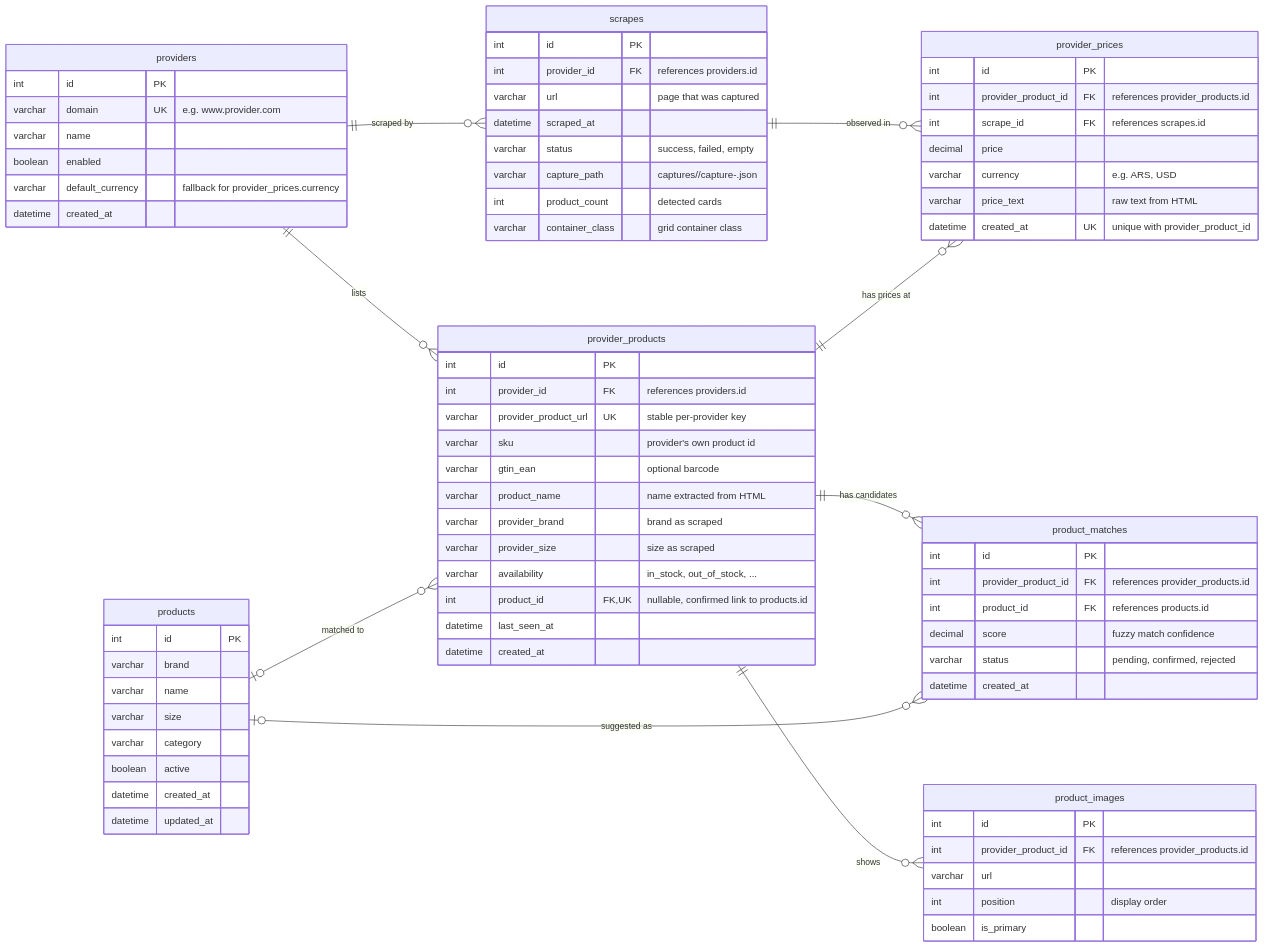
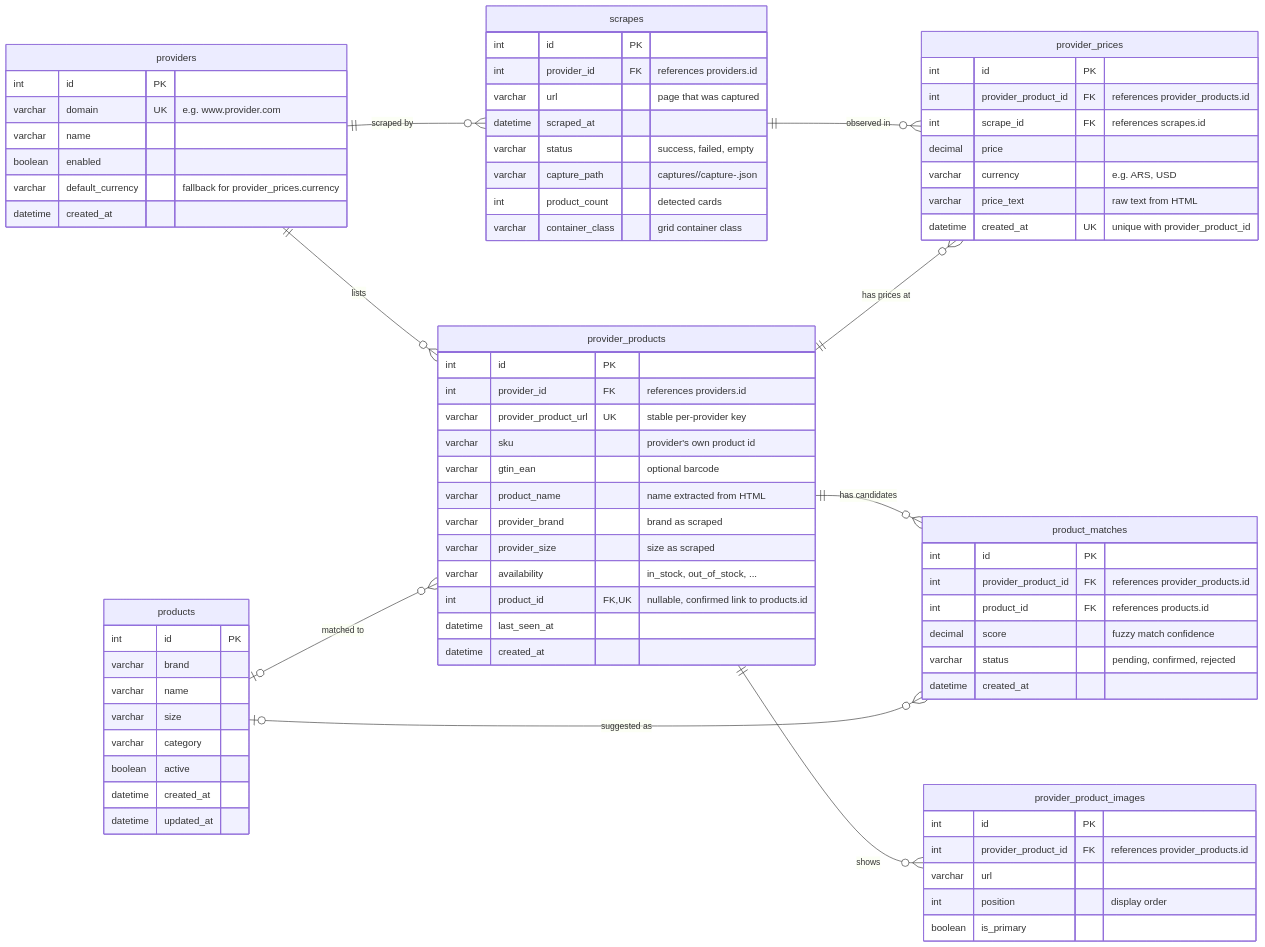
One commit to romayengineer/price_hunter changed the diagram in DATABASE.md. Above: the diagram before and after it, drawn with Mermaid. The commit also changed other lines of this file and 4 other files, not shown here.

Commit message:
table renamed to provider_product_images

````diff
--- a/DATABASE.md
+++ b/DATABASE.md
@@ -52,7 +52,7 @@
         datetime created_at
     }
 
-    product_images {
+    provider_product_images {
         int id PK
         int provider_product_id FK "references provider_products.id"
         varchar url
@@ -84,7 +84,7 @@
     products o|--o{ provider_products : "matched to"
     provider_products ||--o{ product_matches : "has candidates"
     products o|--o{ product_matches : "suggested as"
-    provider_products ||--o{ product_images : "shows"
+    provider_products ||--o{ provider_product_images : "shows"
     scrapes ||--o{ provider_prices : "observed in"
     provider_products ||--o{ provider_prices : "has prices at"
 ```
````
